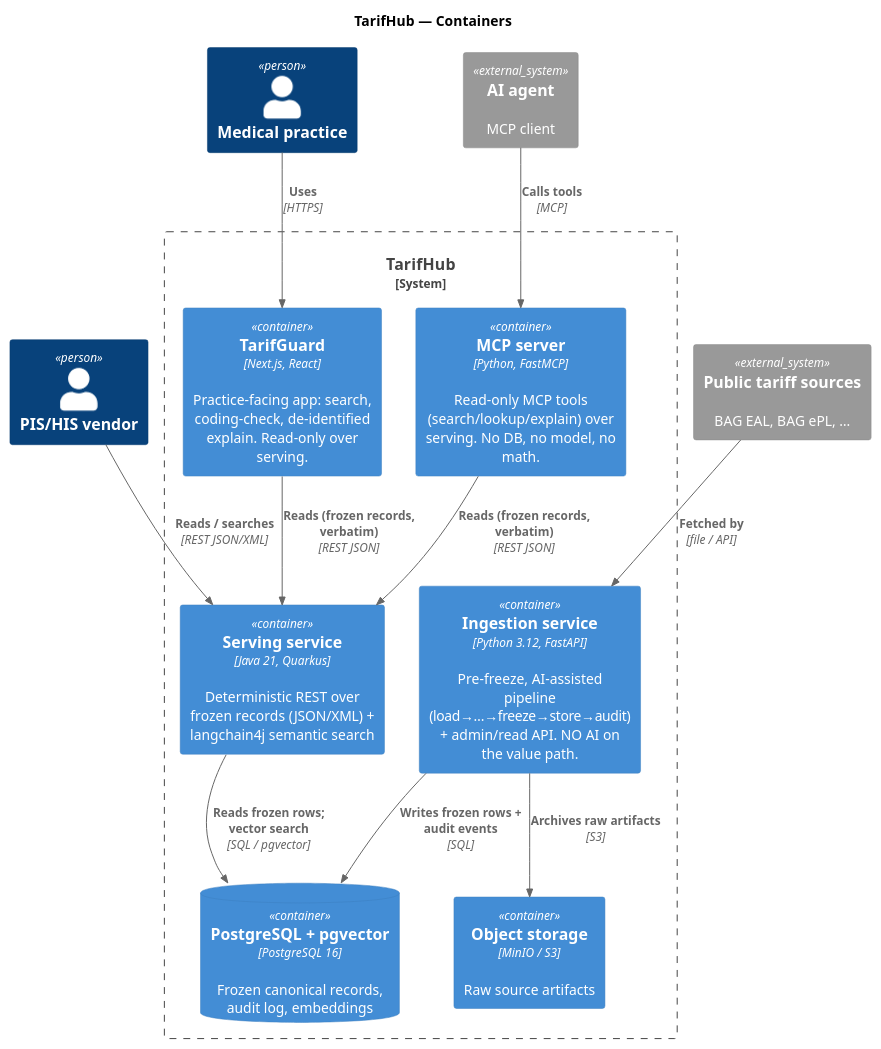
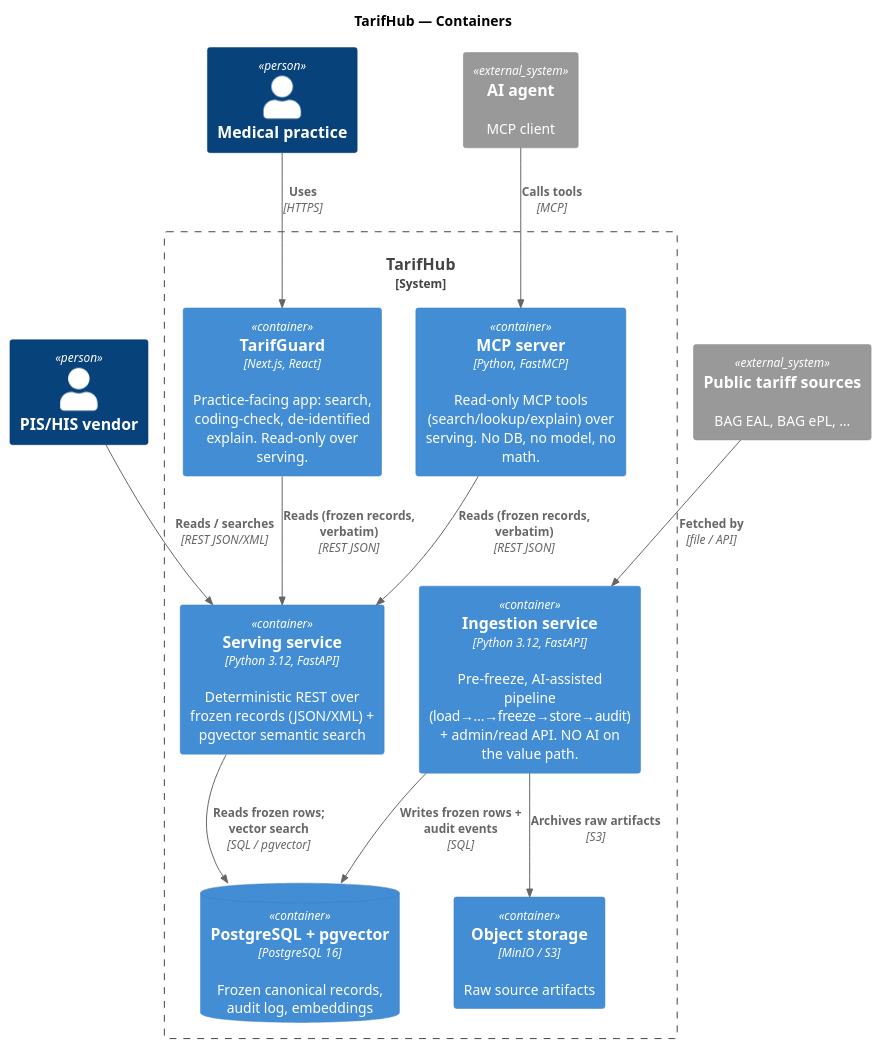
Before and after one commit to erhanuenlue/tarifhub: the diagram in docs/diagrams/c4-container.puml, drawn with PlantUML. The commit also changed 23 other files, not shown here.

First line of the commit message:
chore(docs): supersede Quarkus ADRs, align docs with FastAPI serving, untrack egg-info

```diff
--- a/docs/diagrams/c4-container.puml
+++ b/docs/diagrams/c4-container.puml
@@ -1,32 +1,32 @@
 @startuml tarifhub-container
 ' C4 Container view for TarifHub.
 ' Render: plantuml docs/diagrams/c4-container.puml
 !include https://raw.githubusercontent.com/plantuml-stdlib/C4-PlantUML/master/C4_Container.puml
 
 title TarifHub — Containers
 
 Person(vendor, "PIS/HIS vendor")
 Person(practice, "Medical practice")
 System_Ext(agent, "AI agent", "MCP client")
 System_Ext(sources, "Public tariff sources", "BAG EAL, BAG ePL, …")
 
 System_Boundary(th, "TarifHub") {
   Container(ingest, "Ingestion service", "Python 3.12, FastAPI", "Pre-freeze, AI-assisted pipeline (load→…→freeze→store→audit) + admin/read API. NO AI on the value path.")
-  Container(serving, "Serving service", "Java 21, Quarkus", "Deterministic REST over frozen records (JSON/XML) + langchain4j semantic search")
+  Container(serving, "Serving service", "Python 3.12, FastAPI", "Deterministic REST over frozen records (JSON/XML) + pgvector semantic search")
   Container(mcp, "MCP server", "Python, FastMCP", "Read-only MCP tools (search/lookup/explain) over serving. No DB, no model, no math.")
   Container(tarifguard, "TarifGuard", "Next.js, React", "Practice-facing app: search, coding-check, de-identified explain. Read-only over serving.")
   ContainerDb(db, "PostgreSQL + pgvector", "PostgreSQL 16", "Frozen canonical records, audit log, embeddings")
   Container(minio, "Object storage", "MinIO / S3", "Raw source artifacts")
 }
 
 Rel(sources, ingest, "Fetched by", "file / API")
 Rel(ingest, db, "Writes frozen rows + audit events", "SQL")
 Rel(ingest, minio, "Archives raw artifacts", "S3")
 Rel(serving, db, "Reads frozen rows; vector search", "SQL / pgvector")
 Rel(vendor, serving, "Reads / searches", "REST JSON/XML")
 Rel(practice, tarifguard, "Uses", "HTTPS")
 Rel(tarifguard, serving, "Reads (frozen records, verbatim)", "REST JSON")
 Rel(agent, mcp, "Calls tools", "MCP")
 Rel(mcp, serving, "Reads (frozen records, verbatim)", "REST JSON")
 
 @enduml
```
